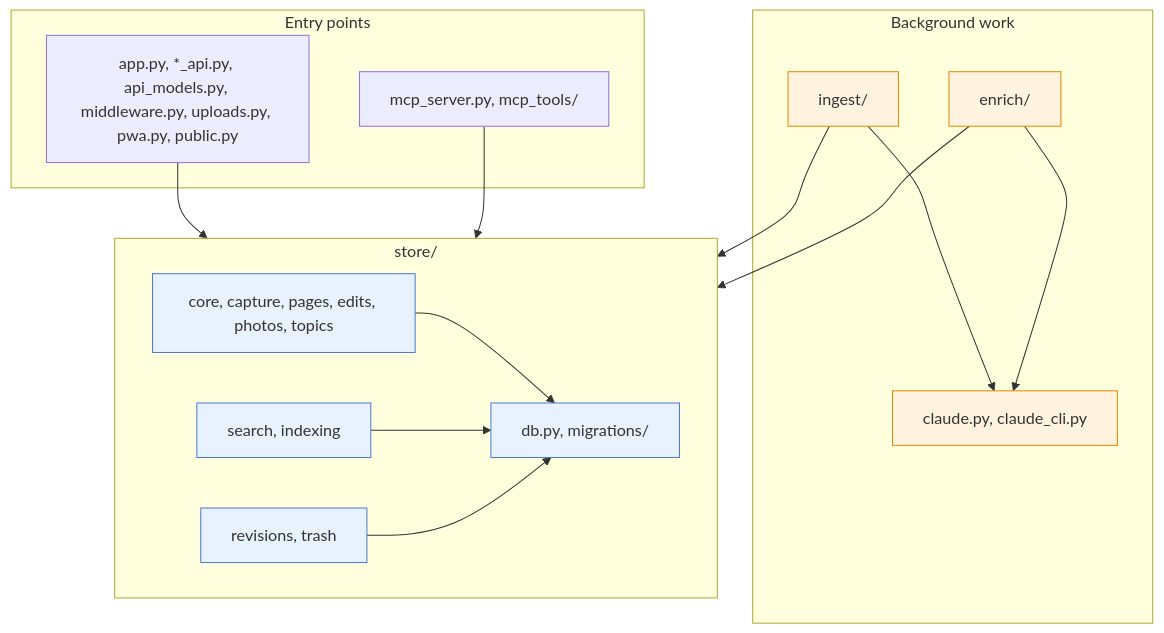
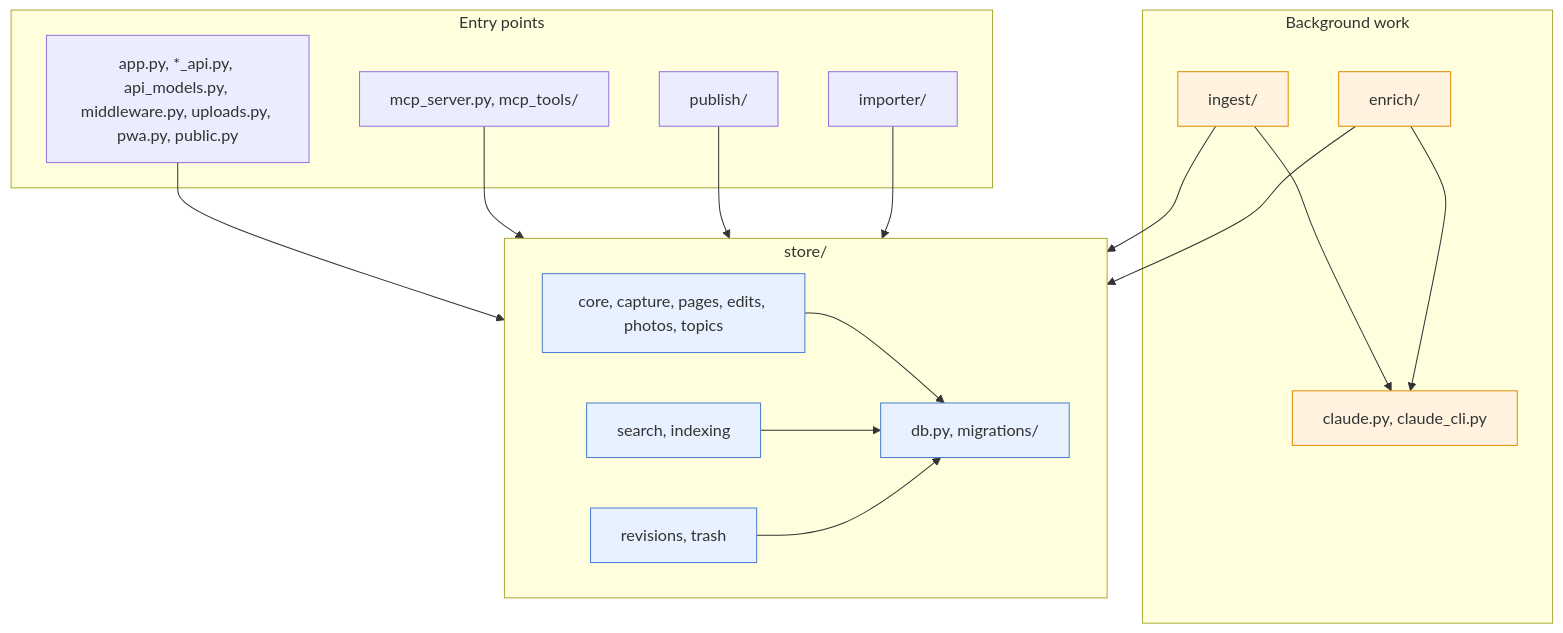
Before and after one commit to gilesknap/scrap: the second of 3 diagrams in docs/explanations/design.md, drawn with Mermaid. The commit also changed other lines of this file and 15 other files, not shown here.

First line of the commit message:
docs: reference and architecture match the code and the Litestream layout

````diff
--- a/docs/explanations/design.md
+++ b/docs/explanations/design.md
@@ -76,33 +89,37 @@
 ```mermaid
 flowchart TD
     subgraph entry["Entry points"]
         app["app.py, *_api.py, api_models.py, middleware.py, uploads.py, pwa.py, public.py"]
         mcpt["mcp_server.py, mcp_tools/"]
+        pubm["publish/"]
+        imp["importer/"]
     end
     subgraph bg["Background work"]
         ing["ingest/"]
         enr["enrich/"]
         cl["claude.py, claude_cli.py"]
     end
     subgraph st["store/"]
         core["core, capture, pages, edits, photos, topics"]
         sea["search, indexing"]
         rev["revisions, trash"]
         dbm["db.py, migrations/"]
     end
 
     app --> st
     mcpt --> st
+    pubm --> st
+    imp --> st
     ing --> st
     enr --> st
     ing --> cl
     enr --> cl
     core --> dbm
     sea --> dbm
     rev --> dbm
 
     classDef store fill:#e8f1ff,stroke:#4a7bd0
     classDef claude fill:#fff3e0,stroke:#e08a00
     class core,sea,rev,dbm store
     class ing,enr,cl claude
 ```
````
